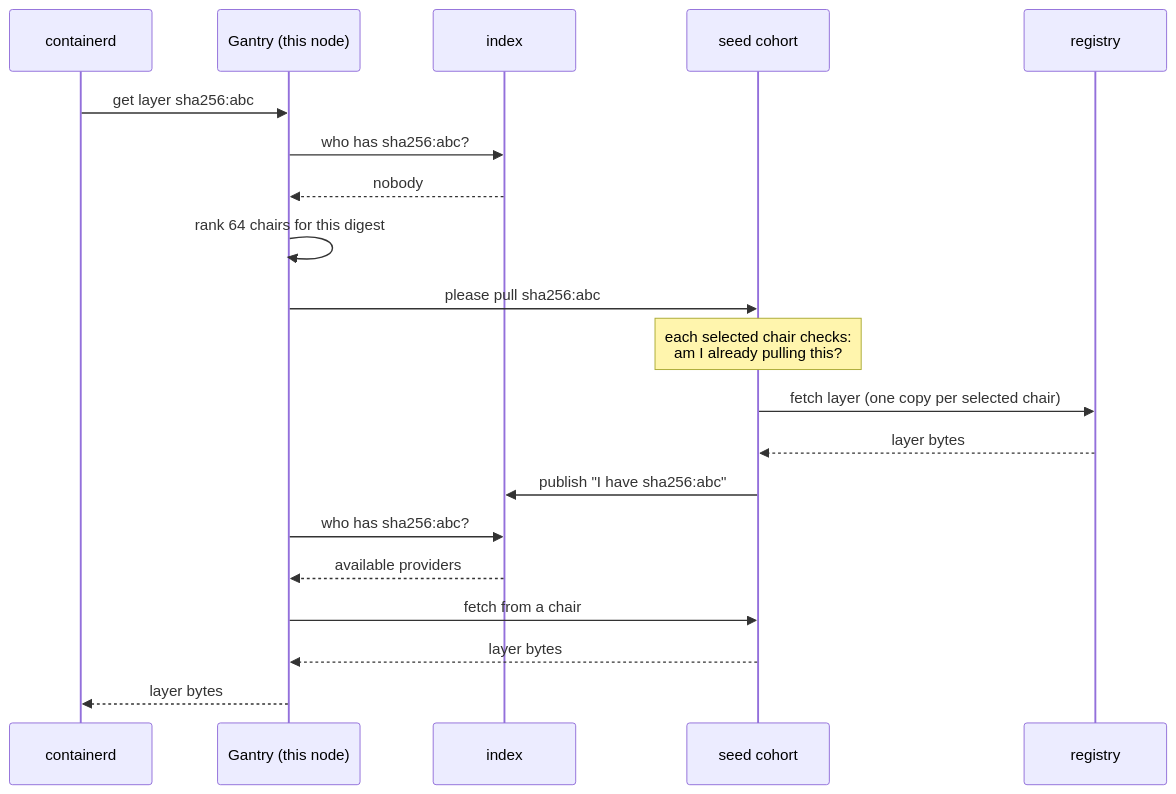
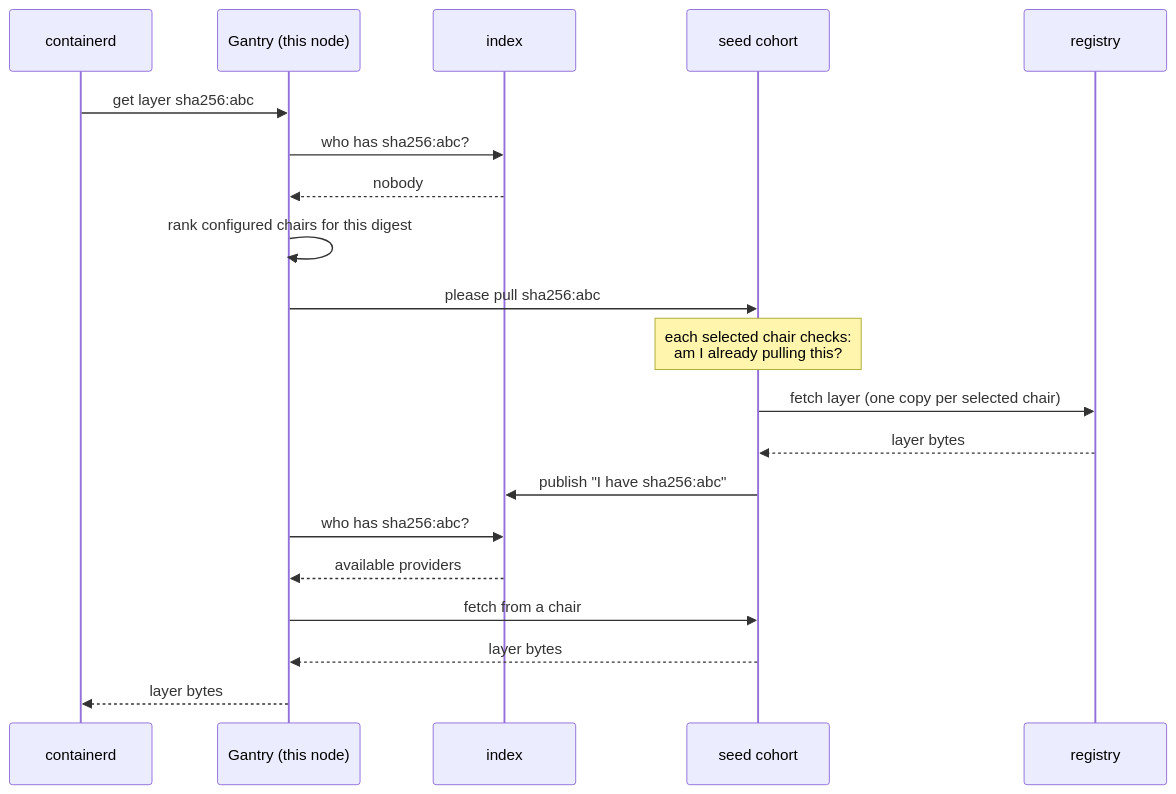
One commit to Azure/unbounded changed the fourth of 9 diagrams in designs/gantry-cold-pull-explained.md. Above: the diagram before and after it, drawn with Mermaid. The commit also changed other lines of this file and 34 other files, not shown here.

````diff
--- a/designs/gantry-cold-pull-explained.md
+++ b/designs/gantry-cold-pull-explained.md
@@ -126,23 +125,23 @@
 ```mermaid
 sequenceDiagram
     participant CD as containerd
     participant G as Gantry (this node)
     participant IX as index
     participant CH as seed cohort
     participant REG as registry
 
     CD->>G: get layer sha256:abc
     G->>IX: who has sha256:abc?
     IX-->>G: nobody
-    G->>G: rank 64 chairs for this digest
+    G->>G: rank configured chairs for this digest
     G->>CH: please pull sha256:abc
     Note over CH: each selected chair checks:<br/>am I already pulling this?
     CH->>REG: fetch layer (one copy per selected chair)
     REG-->>CH: layer bytes
     CH->>IX: publish "I have sha256:abc"
     G->>IX: who has sha256:abc?
     IX-->>G: available providers
     G->>CH: fetch from a chair
     CH-->>G: layer bytes
     G-->>CD: layer bytes
 ```
````
